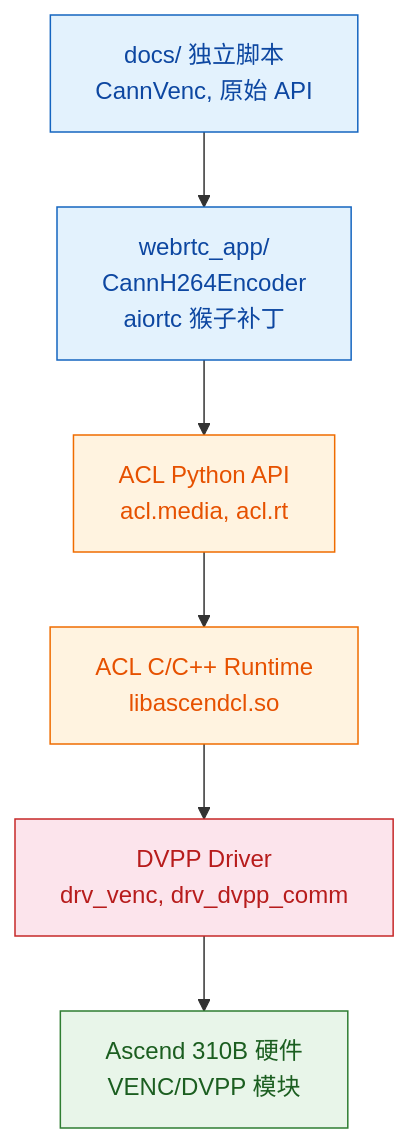
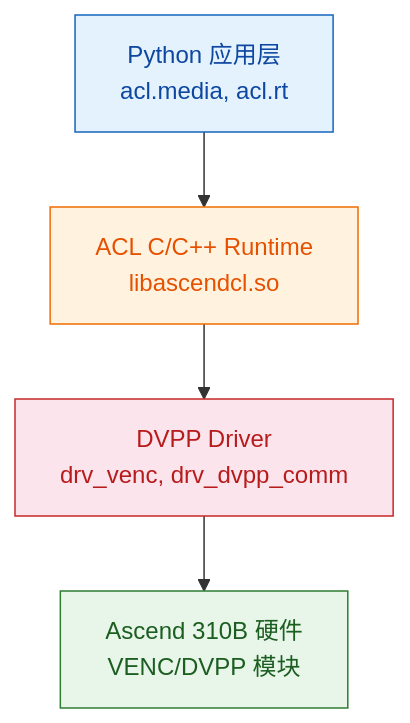
The first of 4 diagrams in src/book/chapter5.md (zhouxzh/Ascend310), drawn with Mermaid before and after one commit. The commit also changed other lines of this file and 25 other files, not shown here.

````diff
--- a/src/book/chapter5.md
+++ b/src/book/chapter5.md
@@ -1063,21 +366,19 @@
 ```mermaid
 flowchart TD
-    A["docs/ 独立脚本<br/>CannVenc, 原始 API"]
-    B["webrtc_app/<br/>CannH264Encoder<br/>aiortc 猴子补丁"]
-    C["ACL Python API<br/>acl.media, acl.rt"]
-    D["ACL C/C++ Runtime<br/>libascendcl.so"]
-    E["DVPP Driver<br/>drv_venc, drv_dvpp_comm"]
-    F["Ascend 310B 硬件<br/>VENC/DVPP 模块"]
+    A["Python 应用层<br/>acl.media, acl.rt"]
+    B["ACL C/C++ Runtime<br/>libascendcl.so"]
+    C["DVPP Driver<br/>drv_venc, drv_dvpp_comm"]
+    D["Ascend 310B 硬件<br/>VENC/DVPP 模块"]
 
-    A --> B --> C --> D --> E --> F
+    A --> B --> C --> D
 
     classDef app fill:#e3f2fd,stroke:#1565c0,color:#0d47a1
     classDef sdk fill:#fff3e0,stroke:#ef6c00,color:#e65100
     classDef drv fill:#fce4ec,stroke:#c62828,color:#b71c1c
     classDef hw fill:#e8f5e9,stroke:#2e7d32,color:#1b5e20
 
-    class A,B app
-    class C,D sdk
-    class E drv
-    class F hw
+    class A app
+    class B sdk
+    class C drv
+    class D hw
 ```
````
